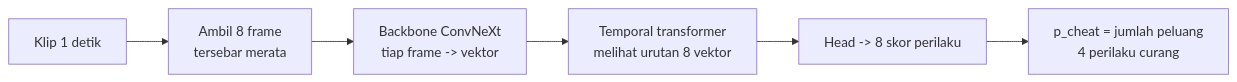
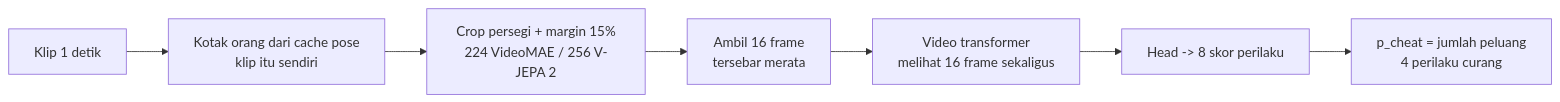
Before and after one commit to LhoWann/competitionDS26: the third of 4 diagrams in README.md, drawn with Mermaid. The commit also changed other lines of this file and 33 other files, not shown here.

````diff
--- a/README.md
+++ b/README.md
@@ -127,8 +131,9 @@
 ```mermaid
 flowchart LR
-    C[Klip 1 detik] --> S8[Ambil 8 frame<br>tersebar merata]
-    S8 --> BB[Backbone ConvNeXt<br>tiap frame -> vektor]
-    BB --> TT[Temporal transformer<br>melihat urutan 8 vektor]
-    TT --> H[Head -> 8 skor perilaku]
+    K[Klip 1 detik] --> BX[Kotak orang dari cache pose<br>klip itu sendiri]
+    BX --> CR[Crop persegi + margin 15%<br>224 VideoMAE / 256 V-JEPA 2]
+    CR --> S16[Ambil 16 frame<br>tersebar merata]
+    S16 --> VT[Video transformer<br>melihat 16 frame sekaligus]
+    VT --> H[Head -> 8 skor perilaku]
     H --> PC[p_cheat = jumlah peluang<br>4 perilaku curang]
 ```
````
